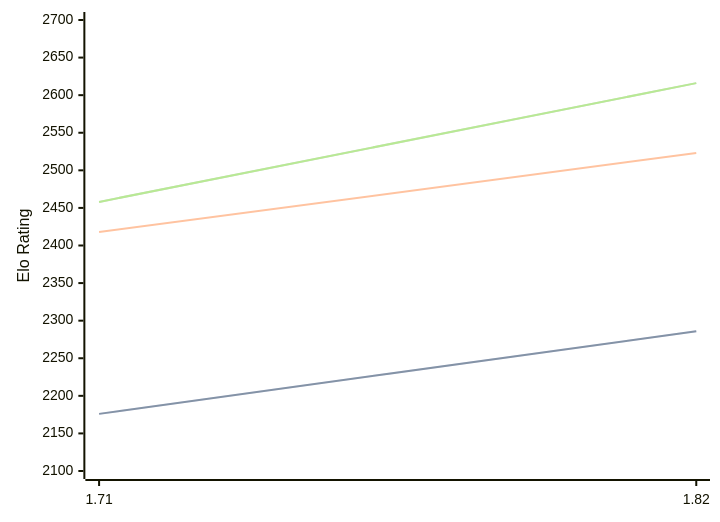
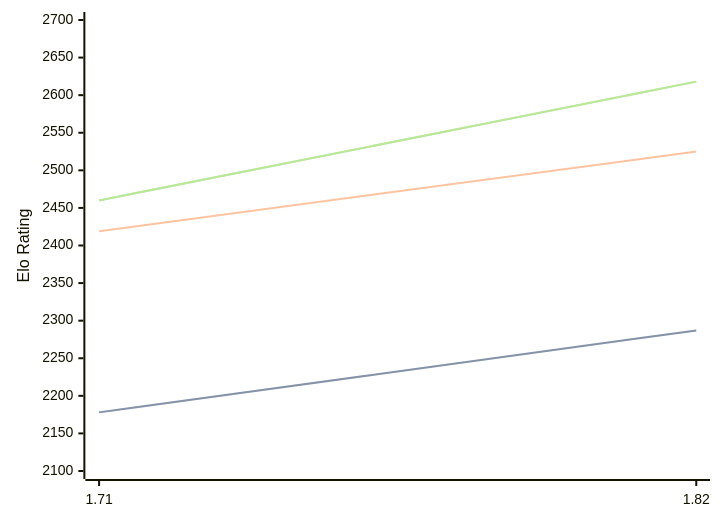
One commit to computer-chess-index/cci changed the diagram in engines/Amira.md. Above: the diagram before and after it, drawn with Mermaid. The commit also changed other lines of this file, not shown here.

Commit message:
Update CCI Ratings (ELO VLTC) - 2026-08-09

````diff
--- a/engines/Amira.md
+++ b/engines/Amira.md
@@ -32,11 +32,11 @@
 ```mermaid
 %%{init: {"theme":"base","themeVariables":{"seriesColors:['#a3a3a3','#222221','#faa371']}}}%%
 xychart-beta
   x-axis ["1.71", "1.82"]
   y-axis "Elo Rating" 2100 --> 2700
-  line "STC (8.0+0.08s)" [2176, 2286]
-  line "STC (8.0+0.08s)" [2176, 2286]
-  line "LTC (60.0+0.60s)" [2418, 2523]
-  line "VLTC (2m24s+1.12s)" [2458, 2616]
-  line "VLTC (2m24s+1.12s)" [2458, 2616]
+  line "STC (8.0+0.08s)" [2178, 2287]
+  line "STC (8.0+0.08s)" [2178, 2287]
+  line "LTC (60.0+0.60s)" [2419, 2525]
+  line "VLTC (2m24s+1.12s)" [2460, 2618]
+  line "VLTC (2m24s+1.12s)" [2460, 2618]
 ```
````
